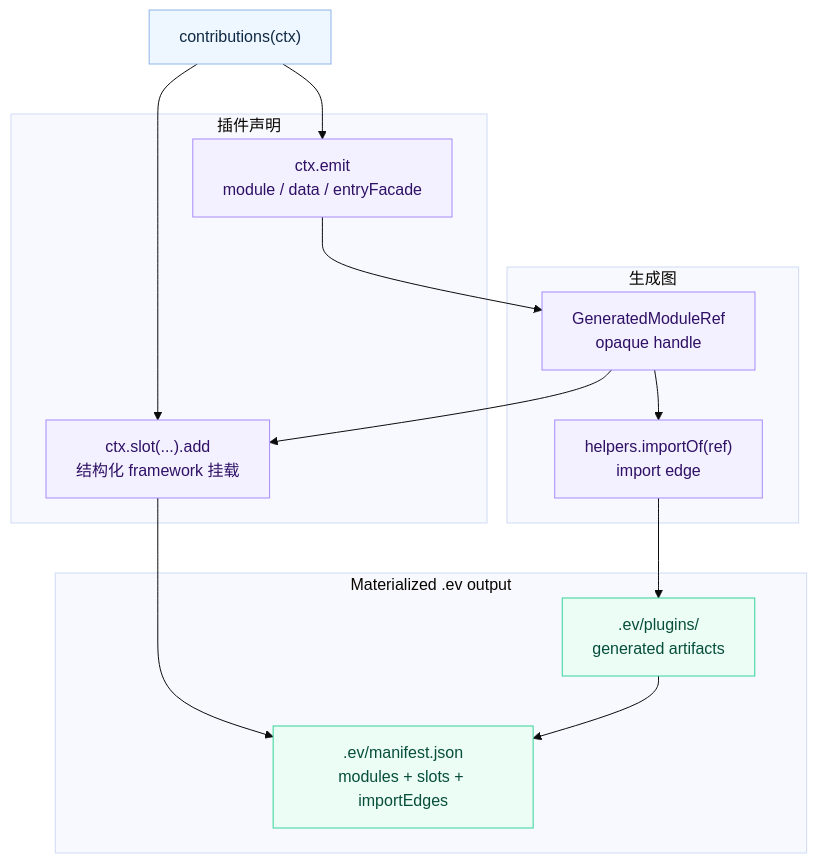
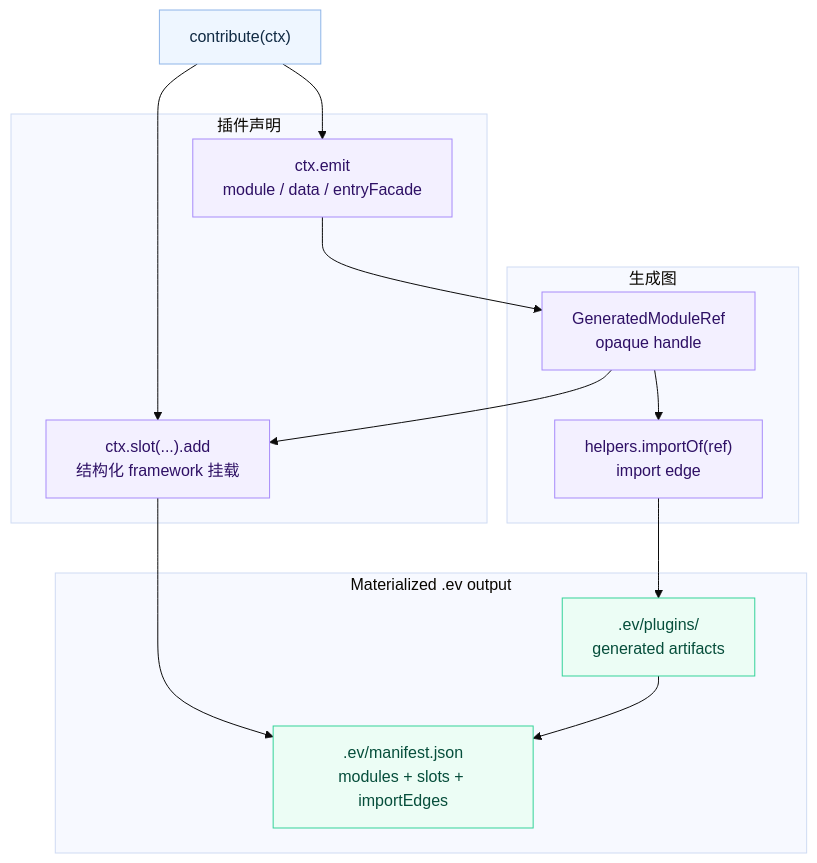
One commit to afx-team/evjs changed the diagram in docs/i18n/zh-Hans/docusaurus-plugin-content-docs/current/generated-contributions.md. Above: the diagram before and after it, drawn with Mermaid (base theme). The commit also changed other lines of this file and 107 other files, not shown here.

````diff
--- a/docs/i18n/zh-Hans/docusaurus-plugin-content-docs/current/generated-contributions.md
+++ b/docs/i18n/zh-Hans/docusaurus-plugin-content-docs/current/generated-contributions.md
@@ -21,35 +21,35 @@
 ```mermaid
 flowchart TB
-  Hook["contributions(ctx)"]
+  Hook["contribute(ctx)"]
 
   subgraph Declare["插件声明"]
     Emit["ctx.emit\nmodule / data / entryFacade"]
     Slot["ctx.slot(...).add\n结构化 framework 挂载"]
   end
 
   subgraph Link["生成图"]
     Ref["GeneratedModuleRef\nopaque handle"]
     Edge["helpers.importOf(ref)\nimport edge"]
   end
 
   subgraph Materialize["Materialized .ev output"]
     Files[".ev/plugins/<id>\ngenerated artifacts"]
     Manifest[".ev/manifest.json\nmodules + slots + importEdges"]
   end
 
   Hook --> Emit
   Hook --> Slot
   Emit --> Ref
   Ref --> Edge
   Ref --> Slot
   Edge --> Files
   Slot --> Manifest
   Files --> Manifest
 
   classDef hook fill:#eef6ff,stroke:#8fb5e8,color:#102a43;
   classDef declaration fill:#f3f0ff,stroke:#a78bfa,color:#2e1065;
   classDef output fill:#ecfdf5,stroke:#34d399,color:#064e3b;
   class Hook hook;
   class Emit,Slot,Ref,Edge declaration;
   class Files,Manifest output;
 ```
````
